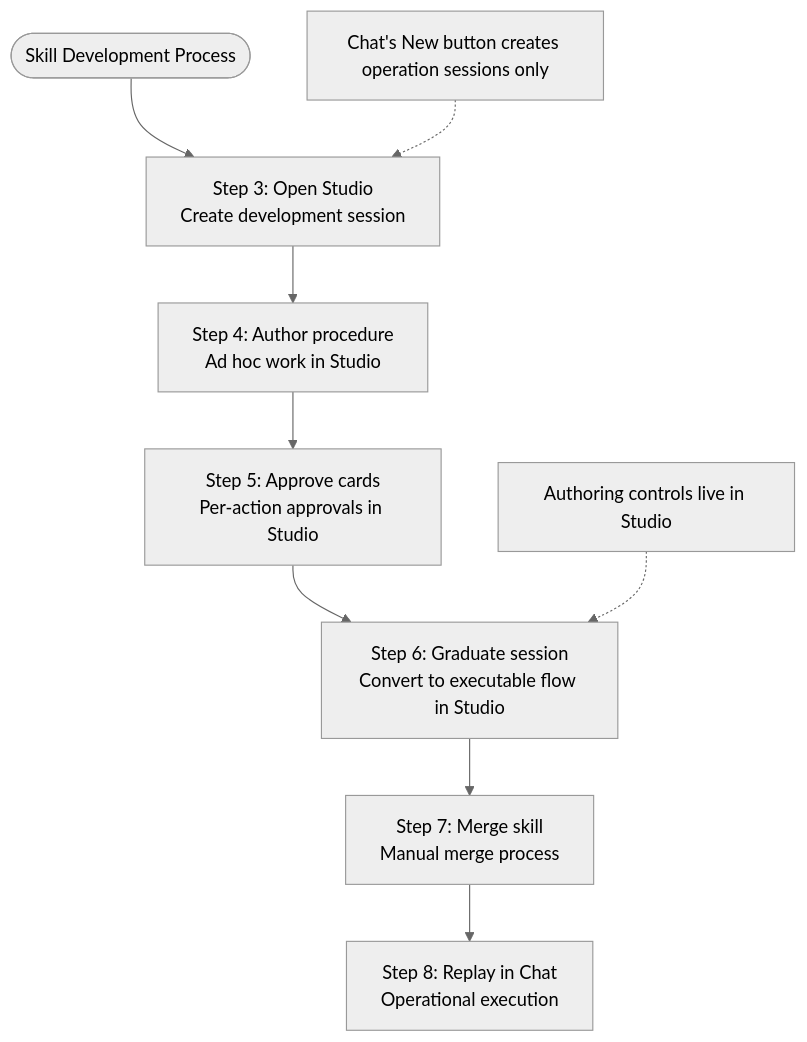
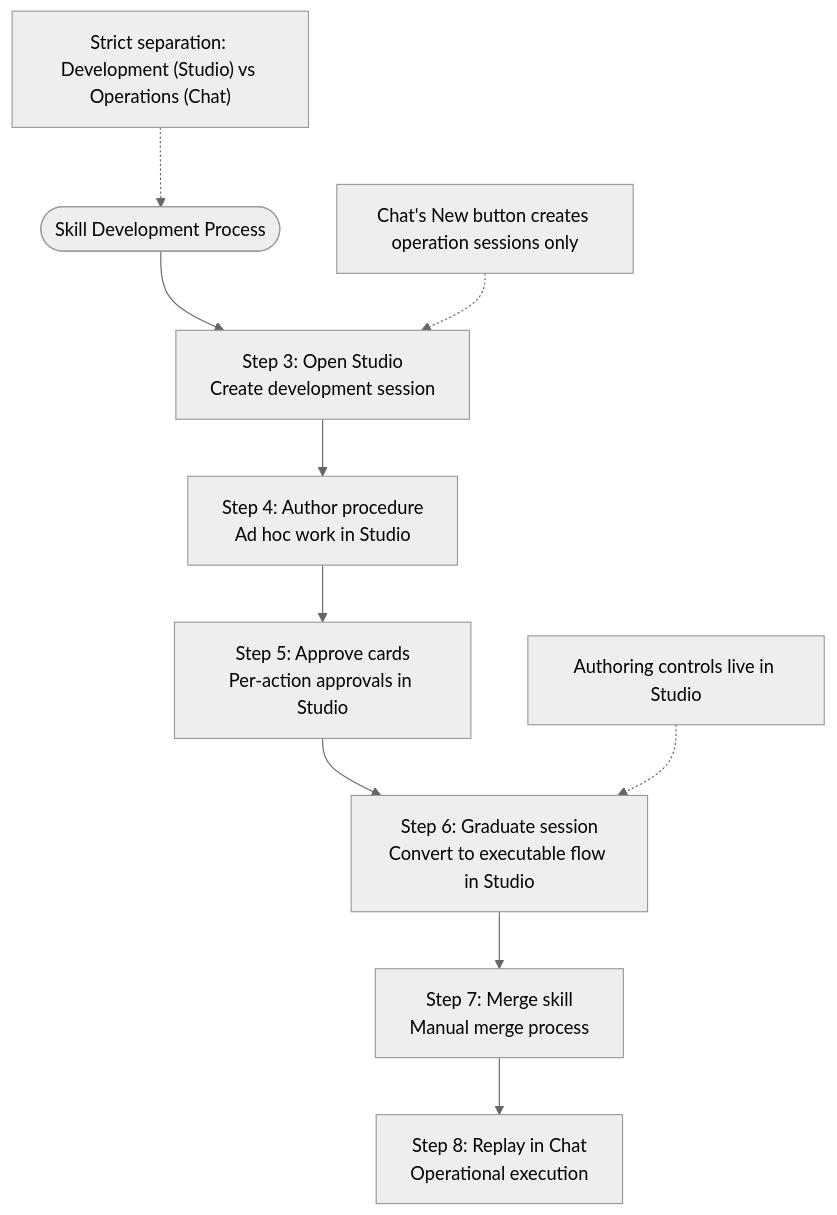
Before and after one commit to metasync/luban-aiops: the eighth of 8 diagrams in .qoder/repowiki/en/content/Architecture Documentation/SPEC-056_ Studio Skill Development Workspace.md, drawn with Mermaid (neutral theme). The commit also changed other lines of this file and 5 other files, not shown here.

````diff
--- a/.qoder/repowiki/en/content/Architecture Documentation/SPEC-056_ Studio Skill Development Workspace.md
+++ b/.qoder/repowiki/en/content/Architecture Documentation/SPEC-056_ Studio Skill Development Workspace.md
@@ -320,11 +321,12 @@
 ```mermaid
 flowchart TD
 Start(["Skill Development Process"]) --> Step3["Step 3: Open Studio<br/>Create development session"]
 Step3 --> Step4["Step 4: Author procedure<br/>Ad hoc work in Studio"]
 Step4 --> Step5["Step 5: Approve cards<br/>Per-action approvals in Studio"]
 Step5 --> Step6["Step 6: Graduate session<br/>Convert to executable flow in Studio"]
 Step6 --> Step7["Step 7: Merge skill<br/>Manual merge process"]
 Step7 --> Step8["Step 8: Replay in Chat<br/>Operational execution"]
 Note1["Chat's New button creates operation sessions only"] -.-> Step3
 Note2["Authoring controls live in Studio"] -.-> Step6
+Note3["Strict separation: Development (Studio) vs Operations (Chat)"] -.-> Start
 ```
````
